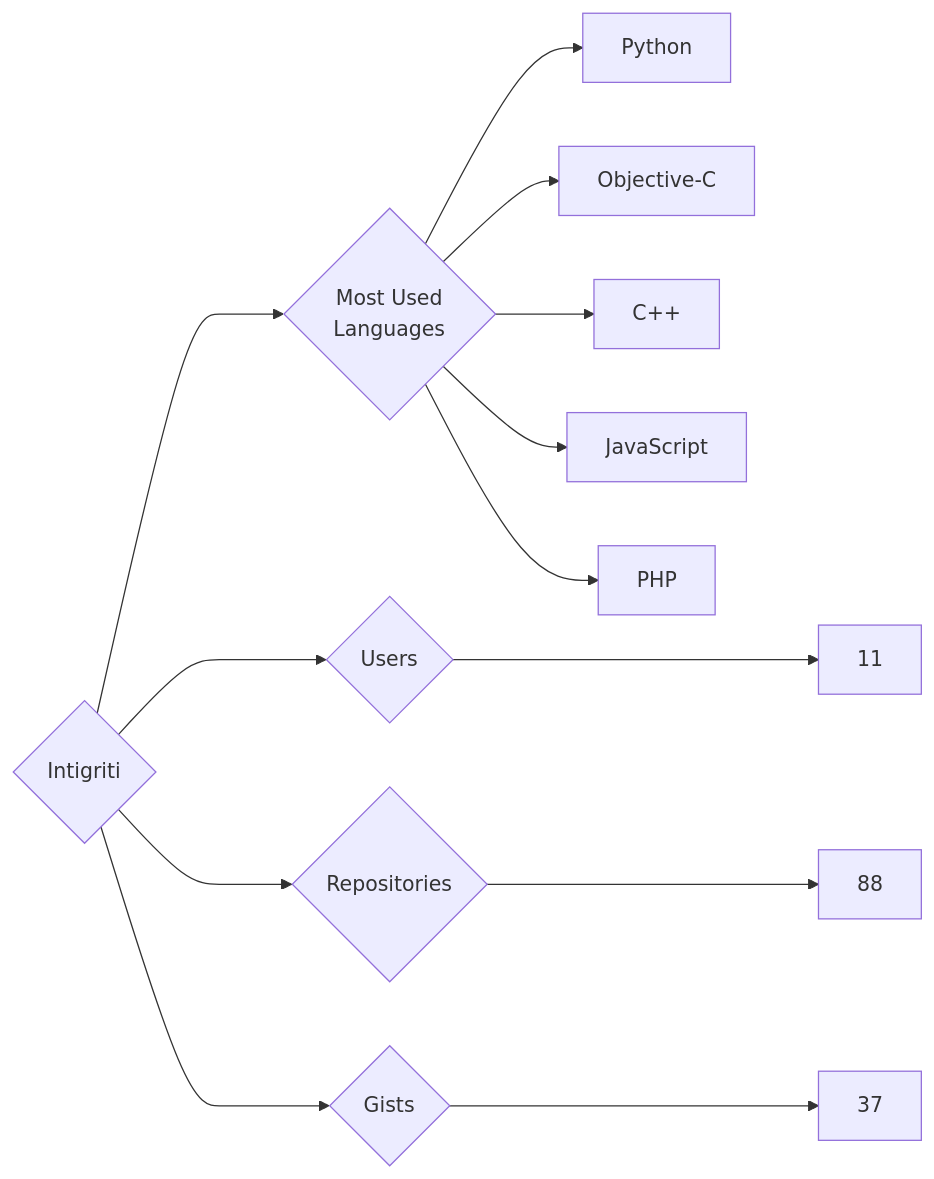
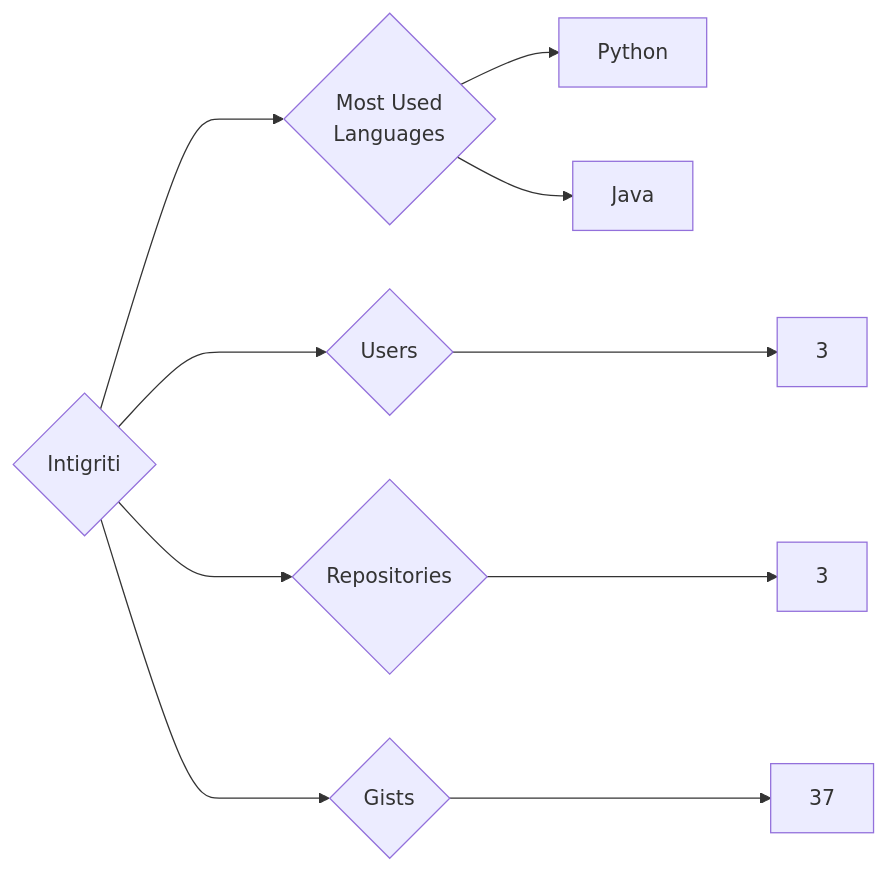
The diagram in targets/Intigriti/README.md (trickest/insiders), drawn with Mermaid before and after one commit. The commit also changed 861 other files, not shown here.

````diff
--- a/targets/Intigriti/README.md
+++ b/targets/Intigriti/README.md
@@ -3,13 +3,10 @@
 ```mermaid
 graph LR
 COMPANY_NAME{Intigriti}
-COMPANY_NAME ---> U{Users} ---> UN[11]
-COMPANY_NAME ---> R{Repositories} ---> RN[88]
+COMPANY_NAME ---> U{Users} ---> UN[3]
+COMPANY_NAME ---> R{Repositories} ---> RN[3]
 COMPANY_NAME ---> G{Gists} ---> GN[37]
 COMPANY_NAME ---> ML{Most Used<br>Languages}
 ML --> Python[Python]
-ML --> Objective-C[Objective-C]
-ML --> C++[C++]
-ML --> JavaScript[JavaScript]
-ML --> PHP[PHP]
+ML --> Java[Java]
 ```
````
